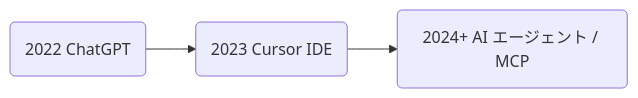
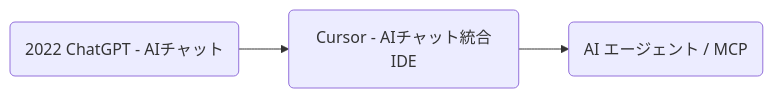
One commit to check5004/My-AI-Application-Practice-Report changed the second of 2 diagrams in 1. AI駆動開発とは何か.md. Above: the diagram before and after it, drawn with Mermaid. The commit also changed other lines of this file and 9 other files, not shown here.

````diff
--- a/1. AI駆動開発とは何か.md
+++ b/1. AI駆動開発とは何か.md
@@ -45,5 +98,5 @@
 ```mermaid
 graph LR
-  A(2022 ChatGPT) --> B(2023 Cursor IDE)
-  B --> C(2024+ AI エージェント / MCP)
+  A(2022 ChatGPT - AIチャット) --> B(Cursor - AIチャット統合IDE)
+  B --> C(AI エージェント / MCP)
 ```
````
